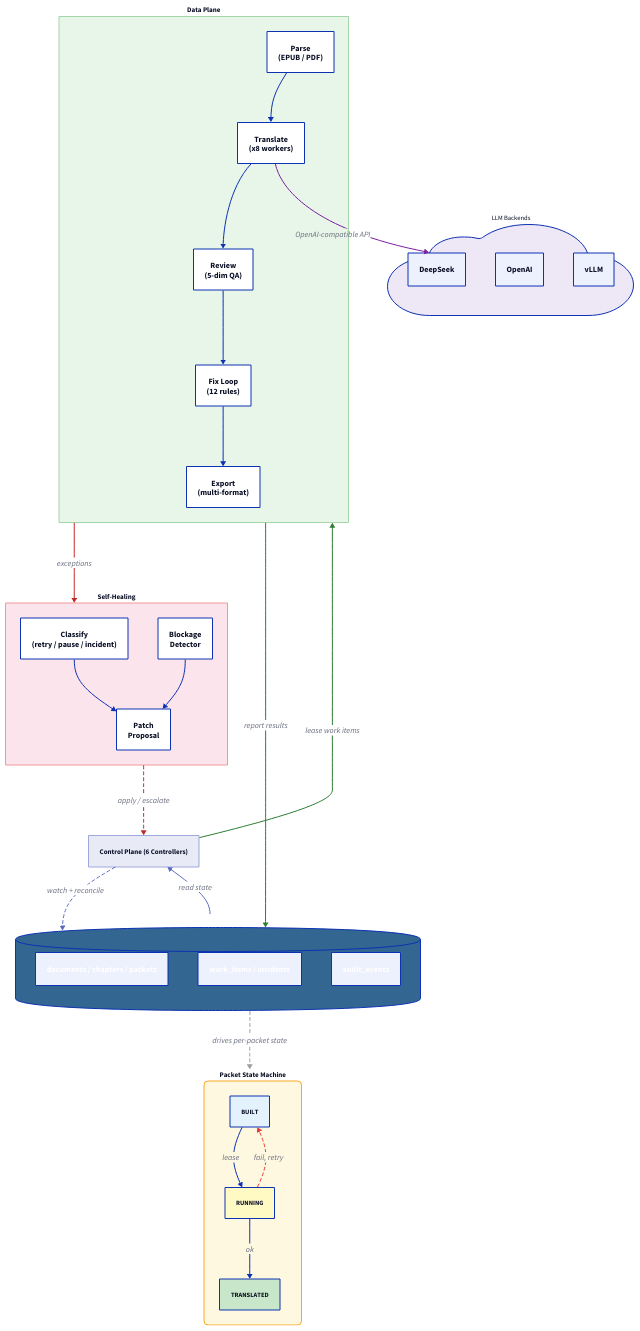
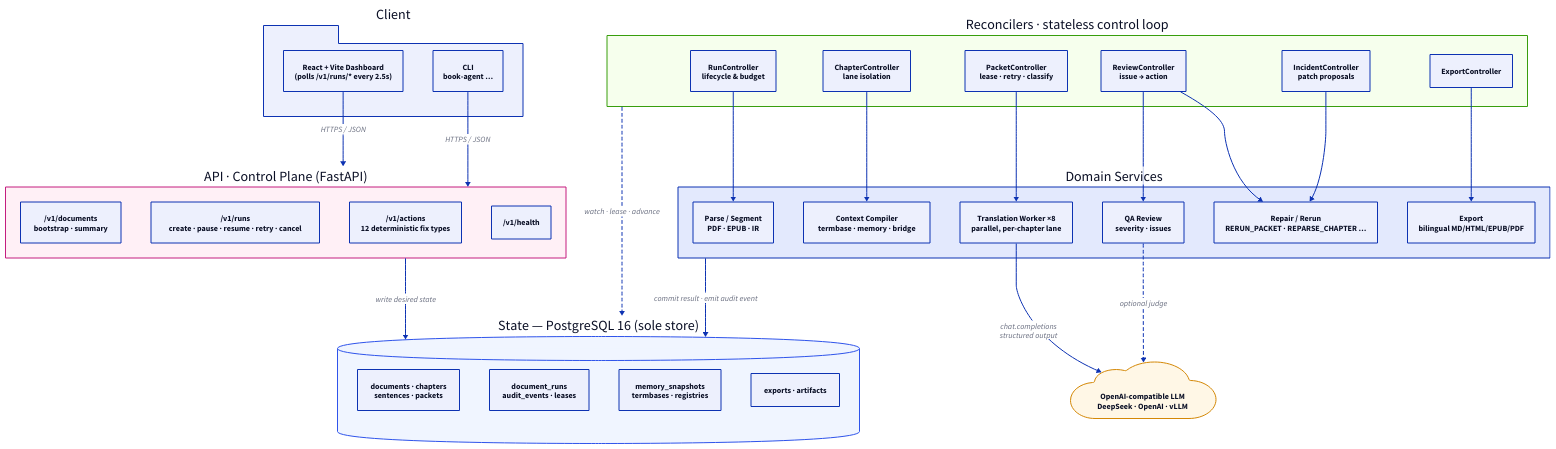
The second of 2 diagrams in README.md (1055373165/DLERHY), drawn with D2 before and after one commit. The commit also changed other lines of this file, not shown here.

````diff
--- a/README.md
+++ b/README.md
@@ -52,99 +216,105 @@
 ```d2
 direction: down
 
-# ── Data Plane ─────────────────────────────────────────
-
-pipeline: Data Plane {
-  direction: right
-  style.fill: "#e8f5e9"
-  style.stroke: "#a5d6a7"
-  style.font-size: 14
-  style.bold: true
-
-  parse: Parse\n(EPUB / PDF) {style.fill: "#fff"}
-  translate: Translate\n(x8 workers) {style.fill: "#fff"}
-  review: Review\n(5-dim QA) {style.fill: "#fff"}
-  fix: Fix Loop\n(12 rules) {style.fill: "#fff"}
-  export: Export\n(multi-format) {style.fill: "#fff"}
-
-  parse -> translate -> review -> fix -> export
+# ----------------------------------------------------------------------
+# Layer 1 — Client
+# ----------------------------------------------------------------------
+client: Client {
+  shape: package
+  ui: React + Vite Dashboard\n(polls /v1/runs/* every 2.5s)
+  cli: CLI\nbook-agent …
 }
 
-# ── LLM Backends ───────────────────────────────────────
+# ----------------------------------------------------------------------
+# Layer 2 — API / Control Plane
+# ----------------------------------------------------------------------
+api: API · Control Plane (FastAPI) {
+  shape: rectangle
+  style.fill: "#fff0f6"
+  style.stroke: "#c41d7f"
 
-llm: LLM Backends {
-  shape: cloud
-  style.fill: "#ede7f6"
-  style.font-size: 13
-  DeepSeek; OpenAI; vLLM
+  docs:     /v1/documents\nbootstrap · summary
+  runs:     /v1/runs\ncreate · pause · resume · retry · cancel
+  actions:  /v1/actions\n12 deterministic fix types
+  health:   /v1/health
 }
 
-# ── Self-Healing ───────────────────────────────────────
+# ----------------------------------------------------------------------
+# Layer 3 — Reconcilers (k8s-style, stateless)
+# ----------------------------------------------------------------------
+reconcilers: Reconcilers · stateless control loop {
+  shape: rectangle
+  style.fill: "#f6ffed"
+  style.stroke: "#389e0d"
 
-heal: Self-Healing {
-  direction: right
-  style.fill: "#fce4ec"
-  style.stroke: "#ef9a9a"
-  style.font-size: 14
-  style.bold: true
-
-  classify: Classify\n(retry / pause / incident) {style.fill: "#fff"}
-  detect: Blockage\nDetector {style.fill: "#fff"}
-  patch: Patch\nProposal {style.fill: "#fff"}
-
-  classify -> patch
-  detect -> patch
+  run:      RunController\nlifecycle & budget
+  chapter:  ChapterController\nlane isolation
+  packet:   PacketController\nlease · retry · classify
+  review:   ReviewController\nissue → action
+  export:   ExportController
+  incident: IncidentController\npatch proposals
 }
 
-# ── Control Plane ──────────────────────────────────────
+# ----------------------------------------------------------------------
+# Layer 4 — Domain services (stateless workers)
+# ----------------------------------------------------------------------
+services: Domain Services {
+  shape: rectangle
 
-control: Control Plane (6 Controllers) {
-  style.fill: "#e8eaf6"
-  style.stroke: "#9fa8da"
-  style.font-size: 14
-  style.bold: true
+  parse:   Parse / Segment\nPDF · EPUB · IR
+  ctx:     Context Compiler\ntermbase · memory · bridge
+  trans:   Translation Worker ×8\nparallel, per-chapter lane
+  qa:      QA Review\nseverity · issues
+  repair:  Repair / Rerun\nRERUN_PACKET · REPARSE_CHAPTER …
+  export:  Export\nbilingual MD/HTML/EPUB/PDF
 }
 
-# ── PostgreSQL (single source of truth) ────────────────
+# ----------------------------------------------------------------------
+# Layer 5 — State (sole source of truth)
+# ----------------------------------------------------------------------
+state: State — PostgreSQL 16 (sole store) {
+  shape: cylinder
+  style.fill: "#f0f5ff"
+  style.stroke: "#2f54eb"
 
-pg: PostgreSQL 16 {
-  shape: cylinder
-  style.fill: "#336791"
-  style.font-color: "#fff"
-  style.font-size: 16
-  style.bold: true
-  docs: documents / chapters / packets {style.font-color: "#fff"}
-  work: work_items / incidents {style.font-color: "#fff"}
-  events: audit_events {style.font-color: "#fff"}
+  docs:    documents · chapters\nsentences · packets
+  runs:    document_runs\naudit_events · leases
+  memory:  memory_snapshots\ntermbases · registries
+  exports: exports · artifacts
 }
 
-# ── Packet State Machine ──────────────────────────────
-
-packet: Packet State Machine {
-  direction: right
-  style.fill: "#fff8e1"
-  style.stroke: "#f9a825"
-  style.font-size: 14
-  style.bold: true
-  style.border-radius: 8
-
-  b: BUILT {style.fill: "#e3f2fd"; style.font-size: 13}
-  r: RUNNING {style.fill: "#fff9c4"; style.font-size: 13}
-  t: TRANSLATED {style.fill: "#c8e6c9"; style.font-size: 13}
-
-  b -> r: lease
-  r -> t: ok
-  r -> b: fail, retry {style.stroke: "#e53935"; style.stroke-dash: 3}
+# ----------------------------------------------------------------------
+# External dependency
+# ----------------------------------------------------------------------
+llm: OpenAI-compatible LLM\nDeepSeek · OpenAI · vLLM {
+  shape: cloud
+  style.fill: "#fff7e6"
+  style.stroke: "#d48806"
 }
 
-# ── Connections ────────────────────────────────────────
+# ----------------------------------------------------------------------
+# Edges — control flow (solid) vs observation (dashed)
+# ----------------------------------------------------------------------
+client.ui  -> api: "HTTPS / JSON"
+client.cli -> api: "HTTPS / JSON"
 
-pipeline.translate -> llm: OpenAI-compatible API {style.stroke: "#7b1fa2"}
-pipeline -> heal: exceptions {style.stroke: "#c62828"}
-heal -> control: apply / escalate {style.stroke: "#c62828"; style.stroke-dash: 3}
-control -> pipeline: lease work items {style.stroke: "#2e7d32"}
-control -> pg: watch + reconcile {style.stroke-dash: 3; style.stroke: "#5c6bc0"}
-pg -> control: read state {style.stroke: "#5c6bc0"}
-pipeline -> pg: report results {style.stroke: "#2e7d32"}
-pg -> packet: drives per-packet state {style.stroke-dash: 3; style.stroke: "#9e9e9e"}
+api -> state: "write desired state" {style.stroke-width: 2}
+
+reconcilers -> state: "watch · lease · advance" {
+  style.stroke-dash: 3
+  style.stroke-width: 2
+}
+
+reconcilers.run      -> services.parse
+reconcilers.chapter  -> services.ctx
+reconcilers.packet   -> services.trans
+reconcilers.review   -> services.qa
+reconcilers.review   -> services.repair
+reconcilers.incident -> services.repair
+reconcilers.export   -> services.export
+
+services -> state: "commit result · emit audit event" {style.stroke-width: 2}
+
+services.trans -> llm: "chat.completions\nstructured output"
+services.qa    -> llm: "optional judge" {style.stroke-dash: 3}
 ```
````
